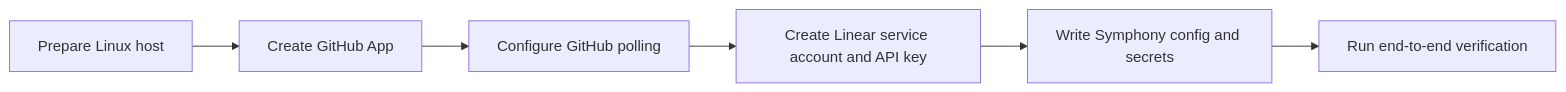
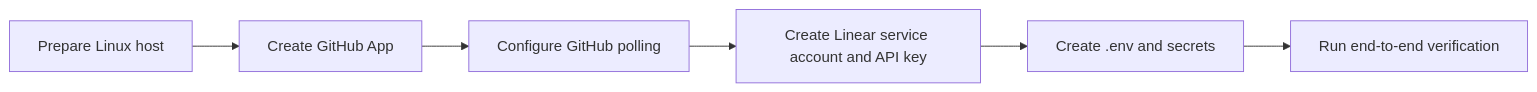
One commit to mngeow/heimdall changed the diagram in docs/setup/README.md. Above: the diagram before and after it, drawn with Mermaid. The commit also changed other lines of this file and 22 other files, not shown here.

````diff
--- a/docs/setup/README.md
+++ b/docs/setup/README.md
@@ -7,8 +7,8 @@
 ```mermaid
 flowchart LR
     Host["Prepare Linux host"] --> GitHub["Create GitHub App"]
     GitHub --> GitHubPoll["Configure GitHub polling"]
     GitHubPoll --> Linear["Create Linear service account and API key"]
-    Linear --> Config["Write Symphony config and secrets"]
+    Linear --> Config["Create .env and secrets"]
     Config --> Verify["Run end-to-end verification"]
 ```
````
